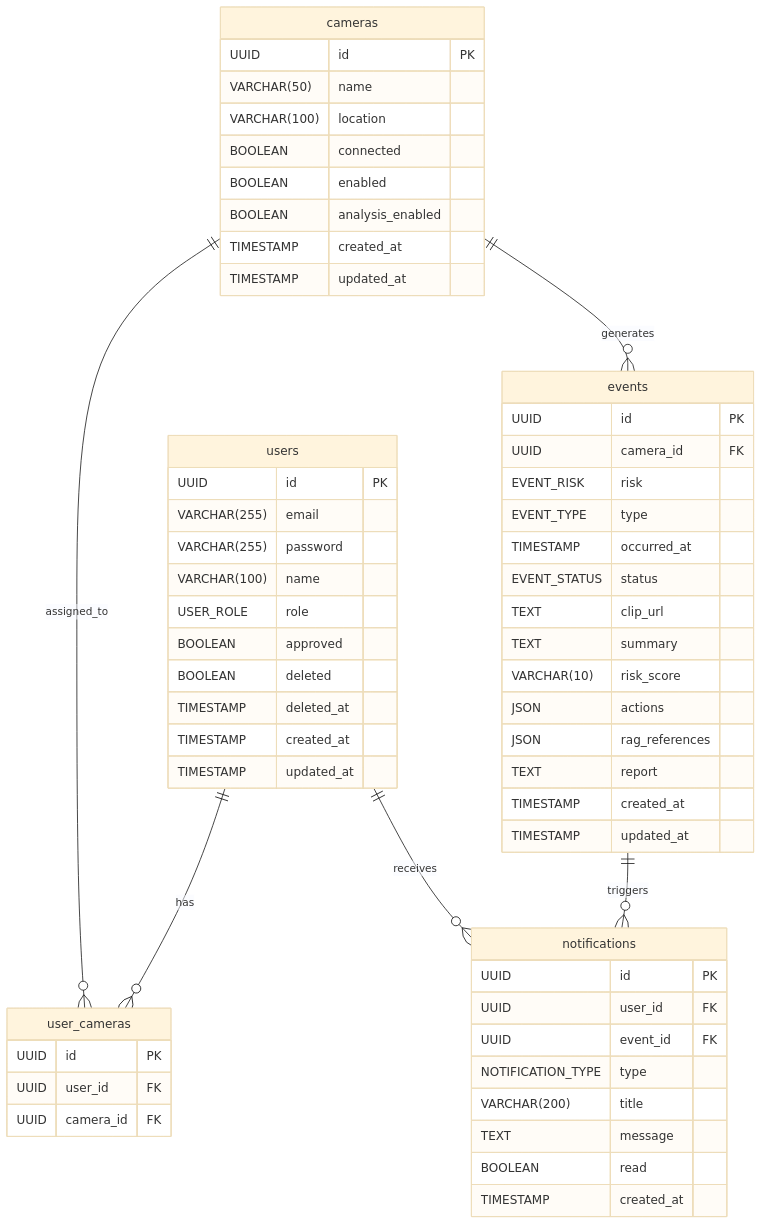
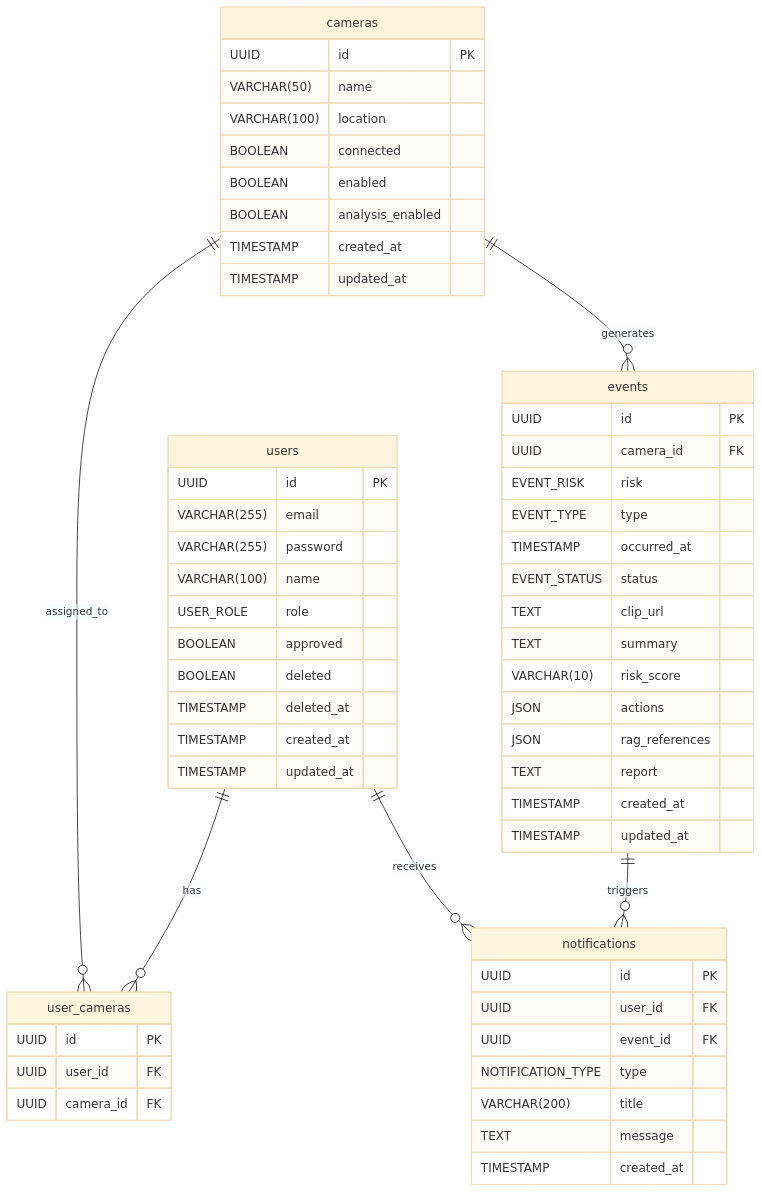
One commit to AIX-01/aegis-frontend changed the diagram in docs/DATA-MODEL.md. Above: the diagram before and after it, drawn with Mermaid (base theme). The commit also changed other lines of this file and 9 other files, not shown here.

````diff
--- a/docs/DATA-MODEL.md
+++ b/docs/DATA-MODEL.md
@@ -9,66 +9,65 @@
 ```mermaid
 erDiagram
     users {
         UUID id PK
         VARCHAR(255) email
         VARCHAR(255) password
         VARCHAR(100) name
         USER_ROLE role
         BOOLEAN approved
         BOOLEAN deleted
         TIMESTAMP deleted_at
         TIMESTAMP created_at
         TIMESTAMP updated_at
     }
 
     cameras {
         UUID id PK
         VARCHAR(50) name
         VARCHAR(100) location
         BOOLEAN connected
         BOOLEAN enabled
         BOOLEAN analysis_enabled
         TIMESTAMP created_at
         TIMESTAMP updated_at
     }
 
     user_cameras {
         UUID id PK
         UUID user_id FK
         UUID camera_id FK
     }
 
     events {
         UUID id PK
         UUID camera_id FK
         EVENT_RISK risk
         EVENT_TYPE type
         TIMESTAMP occurred_at
         EVENT_STATUS status
         TEXT clip_url
         TEXT summary
         VARCHAR(10) risk_score
         JSON actions
         JSON rag_references
         TEXT report
         TIMESTAMP created_at
         TIMESTAMP updated_at
     }
 
     notifications {
         UUID id PK
         UUID user_id FK
         UUID event_id FK
         NOTIFICATION_TYPE type
         VARCHAR(200) title
         TEXT message
-        BOOLEAN read
         TIMESTAMP created_at
     }
 
     users ||--o{ user_cameras : has
     cameras ||--o{ user_cameras : assigned_to
     cameras ||--o{ events : generates
     events ||--o{ notifications : triggers
     users ||--o{ notifications : receives
 ```
````
